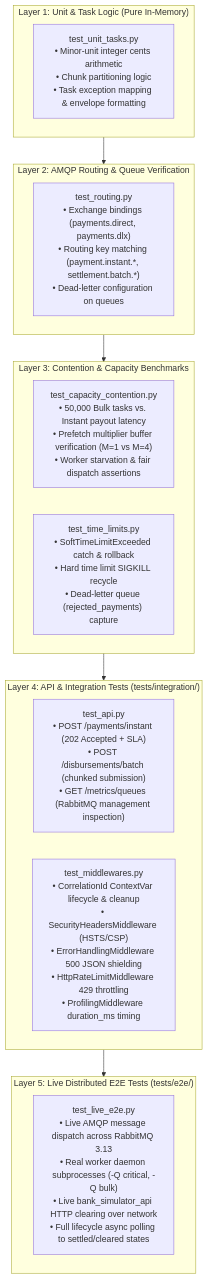
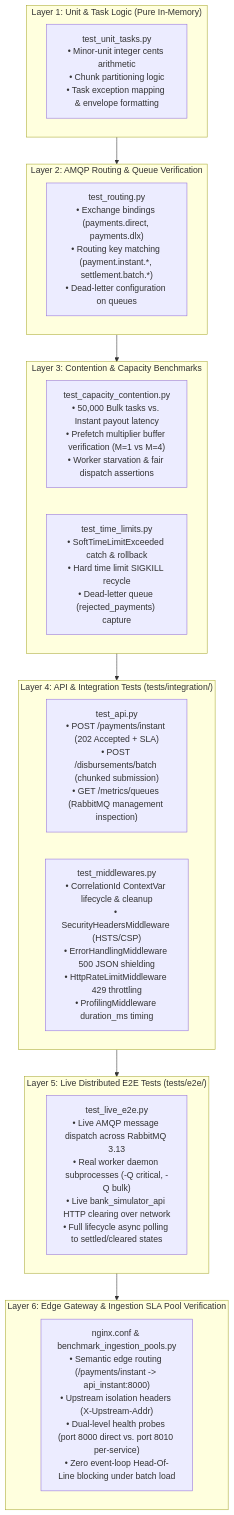
One commit to Santiagus/Python changed the diagram in Celery/2_Advanced_Celery_Topics/03_routing_and_capacity/docs/TEST_PLAN.md. Above: the diagram before and after it, drawn with Mermaid. The commit also changed other lines of this file and 3 other files, not shown here.

Commit message:
docs(architecture): synchronize README, TEST_PLAN, USE_CASES, and report with Nginx edge routing and Golden Architecture

````diff
--- a/Celery/2_Advanced_Celery_Topics/03_routing_and_capacity/docs/TEST_PLAN.md
+++ b/Celery/2_Advanced_Celery_Topics/03_routing_and_capacity/docs/TEST_PLAN.md
@@ -9,26 +9,30 @@
 ```mermaid
 flowchart TD
     subgraph L1["Layer 1: Unit & Task Logic (Pure In-Memory)"]
         T1["test_unit_tasks.py<br/>• Minor-unit integer cents arithmetic<br/>• Chunk partitioning logic<br/>• Task exception mapping & envelope formatting"]
     end
 
     subgraph L2["Layer 2: AMQP Routing & Queue Verification"]
         T2["test_routing.py<br/>• Exchange bindings (payments.direct, payments.dlx)<br/>• Routing key matching (payment.instant.*, settlement.batch.*)<br/>• Dead-letter configuration on queues"]
     end
 
     subgraph L3["Layer 3: Contention & Capacity Benchmarks"]
         T3["test_capacity_contention.py<br/>• 50,000 Bulk tasks vs. Instant payout latency<br/>• Prefetch multiplier buffer verification (M=1 vs M=4)<br/>• Worker starvation & fair dispatch assertions"]
         T4["test_time_limits.py<br/>• SoftTimeLimitExceeded catch & rollback<br/>• Hard time limit SIGKILL recycle<br/>• Dead-letter queue (rejected_payments) capture"]
     end
 
     subgraph L4["Layer 4: API & Integration Tests (tests/integration/)"]
         T5["test_api.py<br/>• POST /payments/instant (202 Accepted + SLA)<br/>• POST /disbursements/batch (chunked submission)<br/>• GET /metrics/queues (RabbitMQ management inspection)"]
         T6["test_middlewares.py<br/>• CorrelationId ContextVar lifecycle & cleanup<br/>• SecurityHeadersMiddleware (HSTS/CSP)<br/>• ErrorHandlingMiddleware 500 JSON shielding<br/>• HttpRateLimitMiddleware 429 throttling<br/>• ProfilingMiddleware duration_ms timing"]
     end
 
     subgraph L5["Layer 5: Live Distributed E2E Tests (tests/e2e/)"]
         T7["test_live_e2e.py<br/>• Live AMQP message dispatch across RabbitMQ 3.13<br/>• Real worker daemon subprocesses (-Q critical, -Q bulk)<br/>• Live bank_simulator_api HTTP clearing over network<br/>• Full lifecycle async polling to settled/cleared states"]
     end
 
-    L1 --> L2 --> L3 --> L4 --> L5
+    subgraph L6["Layer 6: Edge Gateway & Ingestion SLA Pool Verification"]
+        T8["nginx.conf & benchmark_ingestion_pools.py<br/>• Semantic edge routing (/payments/instant -> api_instant:8000)<br/>• Upstream isolation headers (X-Upstream-Addr)<br/>• Dual-level health probes (port 8000 direct vs. port 8010 per-service)<br/>• Zero event-loop Head-Of-Line blocking under batch load"]
+    end
+
+    L1 --> L2 --> L3 --> L4 --> L5 --> L6
 ```
````
